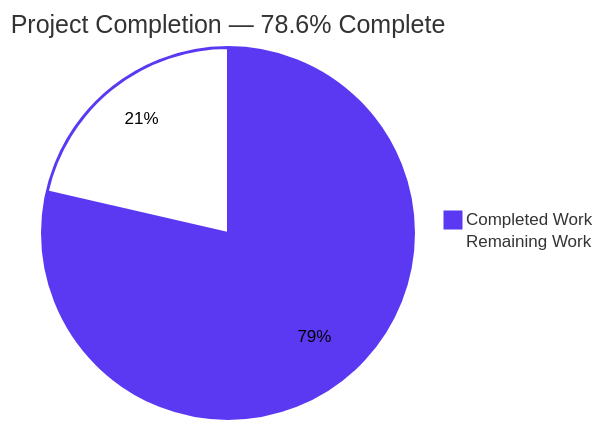
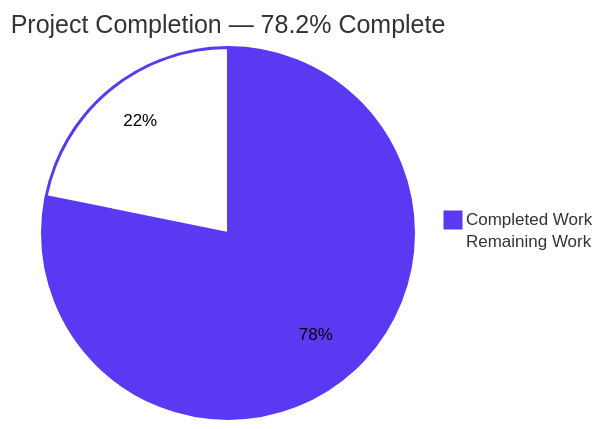
One commit to Tzadiko/monero changed the first of 4 diagrams in blitzy/documentation/Project Guide.md. Above: the diagram before and after it, drawn with Mermaid. The commit also changed other lines of this file, not shown here.

````diff
--- a/blitzy/documentation/Project Guide.md
+++ b/blitzy/documentation/Project Guide.md
@@ -9,6 +9,6 @@
 ```mermaid
 %%{init: {"theme": "base", "themeVariables": {"pie1": "#5B39F3", "pie2": "#FFFFFF", "pieOpacity": "1", "pieStrokeColor": "#5B39F3", "pieOuterStrokeColor": "#5B39F3", "pieSectionTextColor": "#000000"}}}%%
-pie title Project Completion — 78.6% Complete
+pie title Project Completion — 78.2% Complete
     "Completed Work" : 147
-    "Remaining Work" : 40
+    "Remaining Work" : 41
 ```
````
